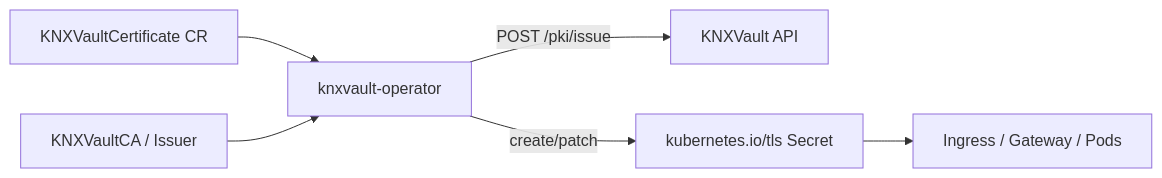
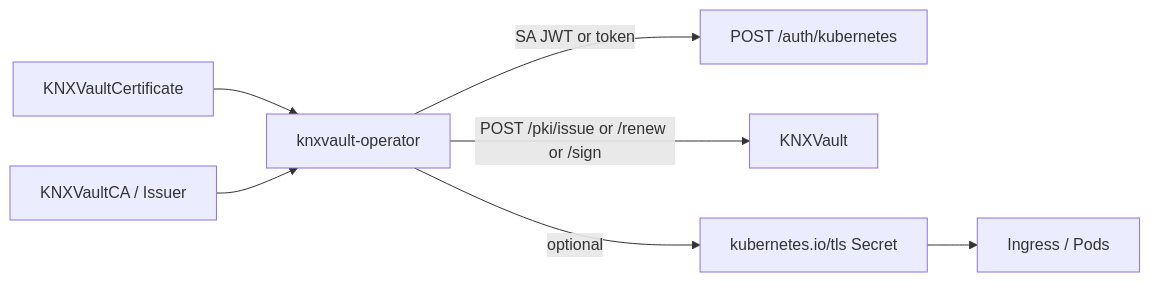
The diagram in docs/operations/pki-replace-cert-manager.md (kubenexis/knxvault), drawn with Mermaid before and after one commit. The commit also changed other lines of this file and 25 other files, not shown here.

````diff
--- a/docs/operations/pki-replace-cert-manager.md
+++ b/docs/operations/pki-replace-cert-manager.md
@@ -18,8 +8,10 @@
 ```mermaid
 flowchart LR
-  CR[KNXVaultCertificate CR] --> Op[knxvault-operator]
-  CA[KNXVaultCA / Issuer] --> Op
-  Op -->|POST /pki/issue| V[KNXVault API]
-  Op -->|create/patch| Sec[kubernetes.io/tls Secret]
-  Sec --> Ing[Ingress / Gateway / Pods]
+  CR[KNXVaultCertificate] --> Op[knxvault-operator]
+  CA[KNXVaultCA / Issuer]
+  CA --> Op
+  Op -->|SA JWT or token| Auth[POST /auth/kubernetes]
+  Op -->|POST /pki/issue or /renew or /sign| V[KNXVault]
+  Op -->|optional| Sec[kubernetes.io/tls Secret]
+  Sec --> Ing[Ingress / Pods]
 ```
````
